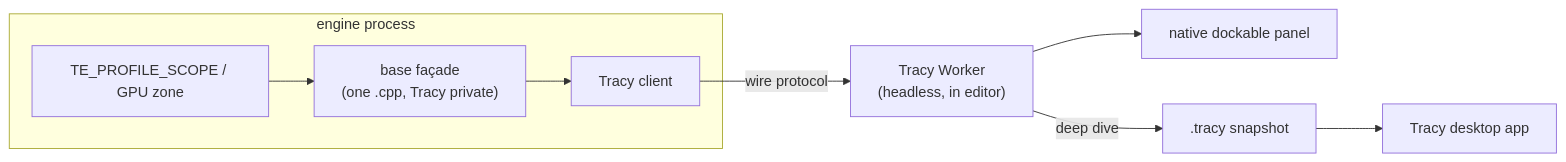
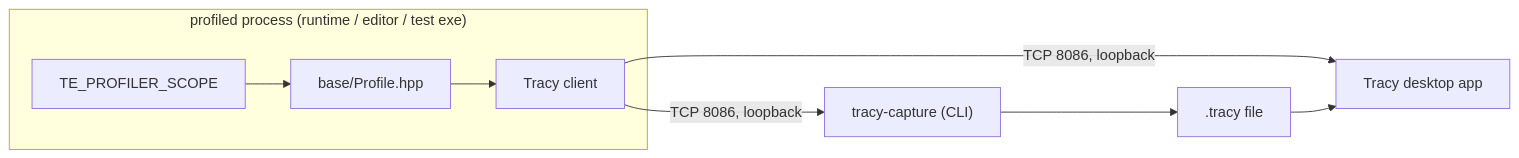
The diagram in 04 Design Docs/Utilities/Profiler — Design.md (techattackteam/TechEngine-vault), drawn with Mermaid before and after one commit. The commit also changed other lines of this file and 8 other files, not shown here.

````diff
--- a/04 Design Docs/Utilities/Profiler — Design.md
+++ b/04 Design Docs/Utilities/Profiler — Design.md
@@ -49,11 +48,10 @@
 ```mermaid
 flowchart LR
-  subgraph engine["engine process"]
-    A["TE_PROFILE_SCOPE / GPU zone"] --> B["base façade<br/>(one .cpp, Tracy private)"]
+  subgraph proc["profiled process (runtime / editor / test exe)"]
+    A["TE_PROFILER_SCOPE"] --> B["base/Profile.hpp"]
     B --> C["Tracy client"]
   end
-  C -->|"wire protocol"| D["Tracy Worker<br/>(headless, in editor)"]
-  D --> E["native dockable panel"]
-  D -->|"deep dive"| F[".tracy snapshot"]
-  F --> G["Tracy desktop app"]
+  C -->|"TCP 8086, loopback"| D["Tracy desktop app"]
+  C -->|"TCP 8086, loopback"| E["tracy-capture (CLI)"]
+  E --> F[".tracy file"] --> D
 ```
````
